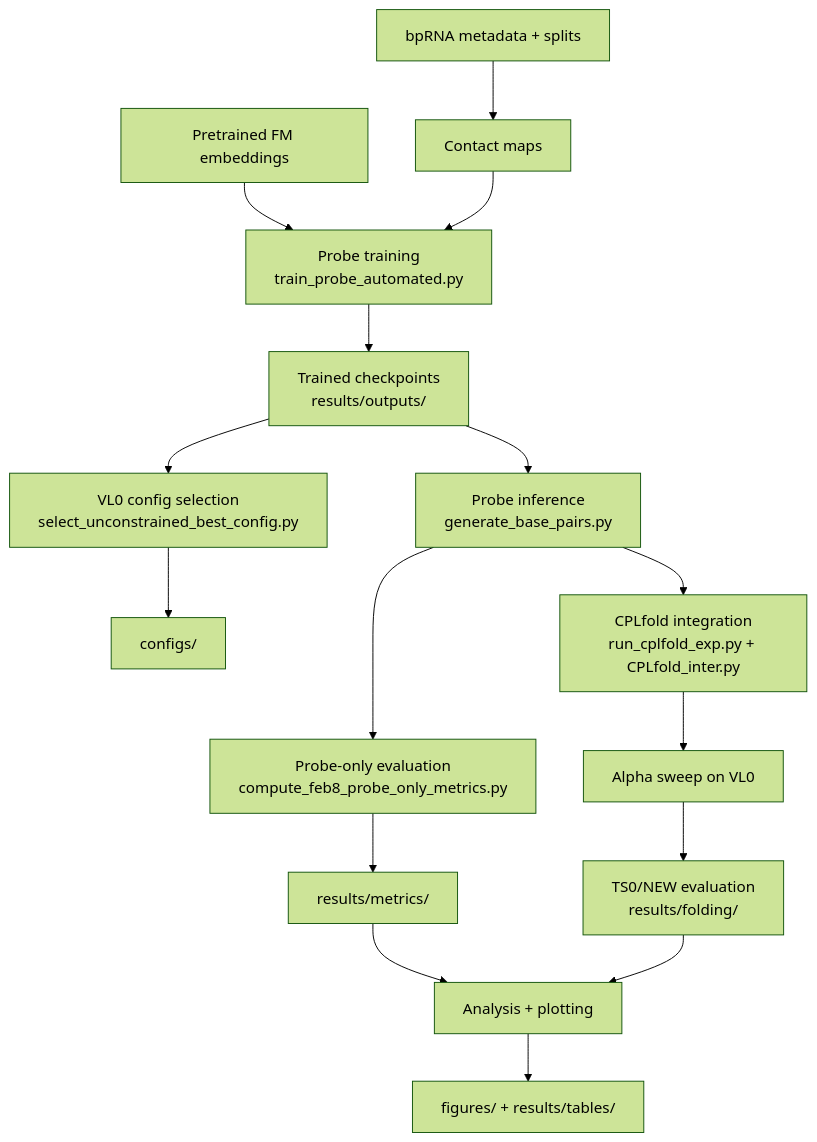
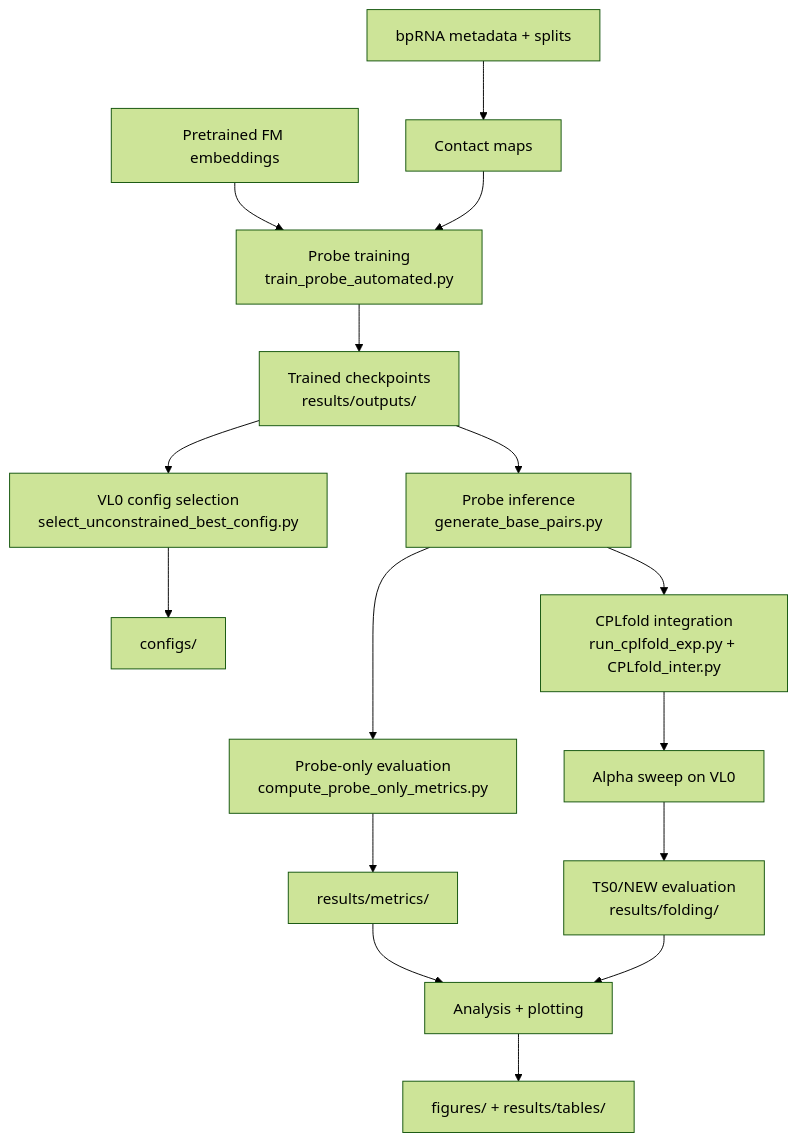
One commit to jaehyuk-choi/rna-secondary-structure-probing changed the diagram in README.md. Above: the diagram before and after it, drawn with Mermaid (forest theme). The commit also changed other lines of this file and 34 other files, not shown here.

First line of the commit message:
Refactor probe-only metrics, parallel Slurm runs, and docs consolidation

````diff
--- a/README.md
+++ b/README.md
@@ -37,23 +49,23 @@
 ```mermaid
 graph TD
     A[bpRNA metadata + splits] --> B[Contact maps]
     E[Pretrained FM embeddings] --> C
 
     B --> C[Probe training<br/>train_probe_automated.py]
     C --> D[Trained checkpoints<br/>results/outputs/]
 
     D --> F[Probe inference<br/>generate_base_pairs.py]
-    F --> G[Probe-only evaluation<br/>compute_feb8_probe_only_metrics.py]
+    F --> G[Probe-only evaluation<br/>compute_probe_only_metrics.py]
     G --> H[results/metrics/]
 
     D --> I[VL0 config selection<br/>select_unconstrained_best_config.py]
     I --> J[configs/]
 
     F --> K[CPLfold integration<br/>run_cplfold_exp.py + CPLfold_inter.py]
     K --> L[Alpha sweep on VL0]
     L --> M[TS0/NEW evaluation<br/>results/folding/]
 
     H --> N[Analysis + plotting]
     M --> N
     N --> O[figures/ + results/tables/]
 ```
````
